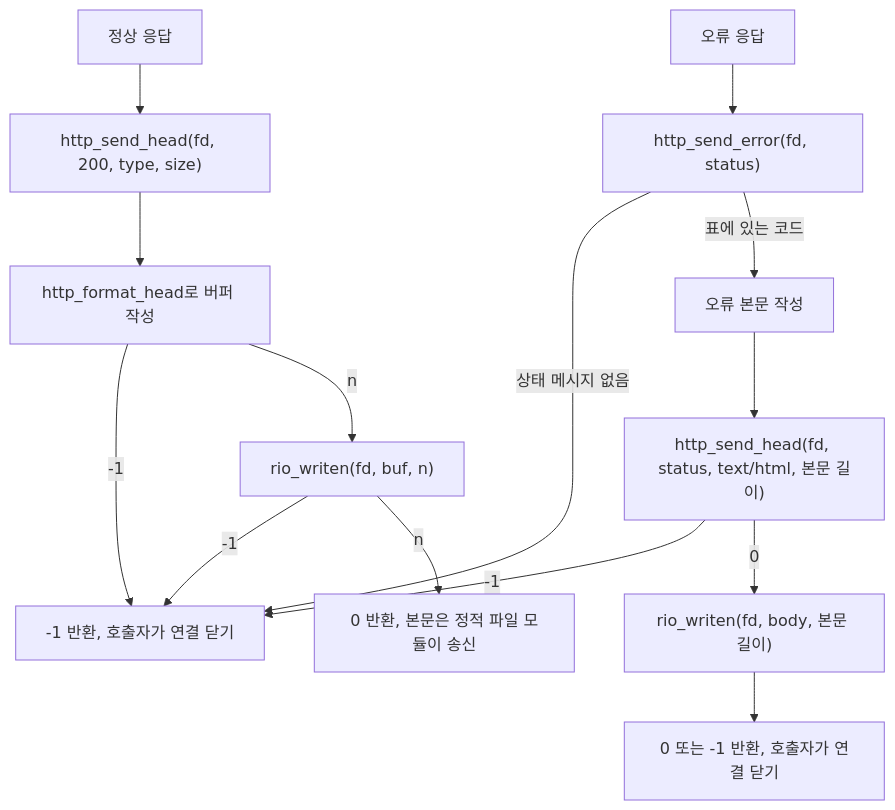
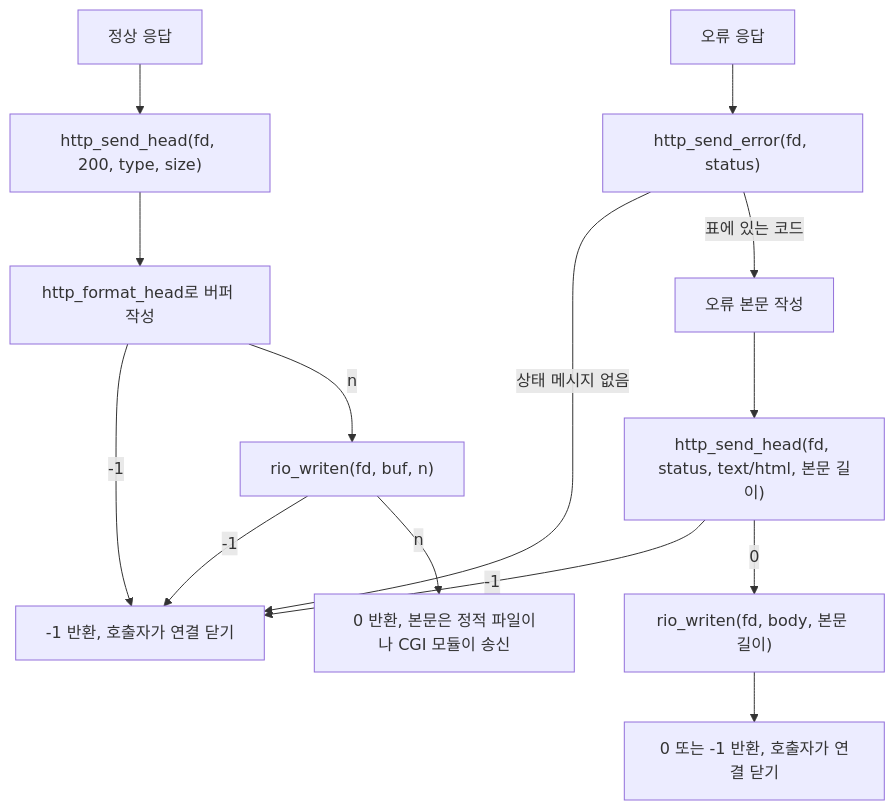
One commit to choimoohun/SW-AI-W13-Web-Server changed the diagram in docs/http-response/design.md. Above: the diagram before and after it, drawn with Mermaid. The commit also changed other lines of this file and 14 other files, not shown here.

````diff
--- a/docs/http-response/design.md
+++ b/docs/http-response/design.md
@@ -57,16 +57,16 @@
 ```mermaid
 flowchart TD
     A["정상 응답"] --> B["http_send_head(fd, 200, type, size)"]
     B --> C["http_format_head로 버퍼 작성"]
     C -->|"-1"| X["-1 반환, 호출자가 연결 닫기"]
     C -->|"n"| D["rio_writen(fd, buf, n)"]
     D -->|"-1"| X
-    D -->|"n"| E["0 반환, 본문은 정적 파일 모듈이 송신"]
+    D -->|"n"| E["0 반환, 본문은 정적 파일이나 CGI 모듈이 송신"]
     F["오류 응답"] --> G["http_send_error(fd, status)"]
     G -->|"상태 메시지 없음"| X
     G -->|"표에 있는 코드"| H["오류 본문 작성"]
     H --> I["http_send_head(fd, status, text/html, 본문 길이)"]
     I -->|"-1"| X
     I -->|"0"| J["rio_writen(fd, body, 본문 길이)"]
     J --> K["0 또는 -1 반환, 호출자가 연결 닫기"]
 ```
````
